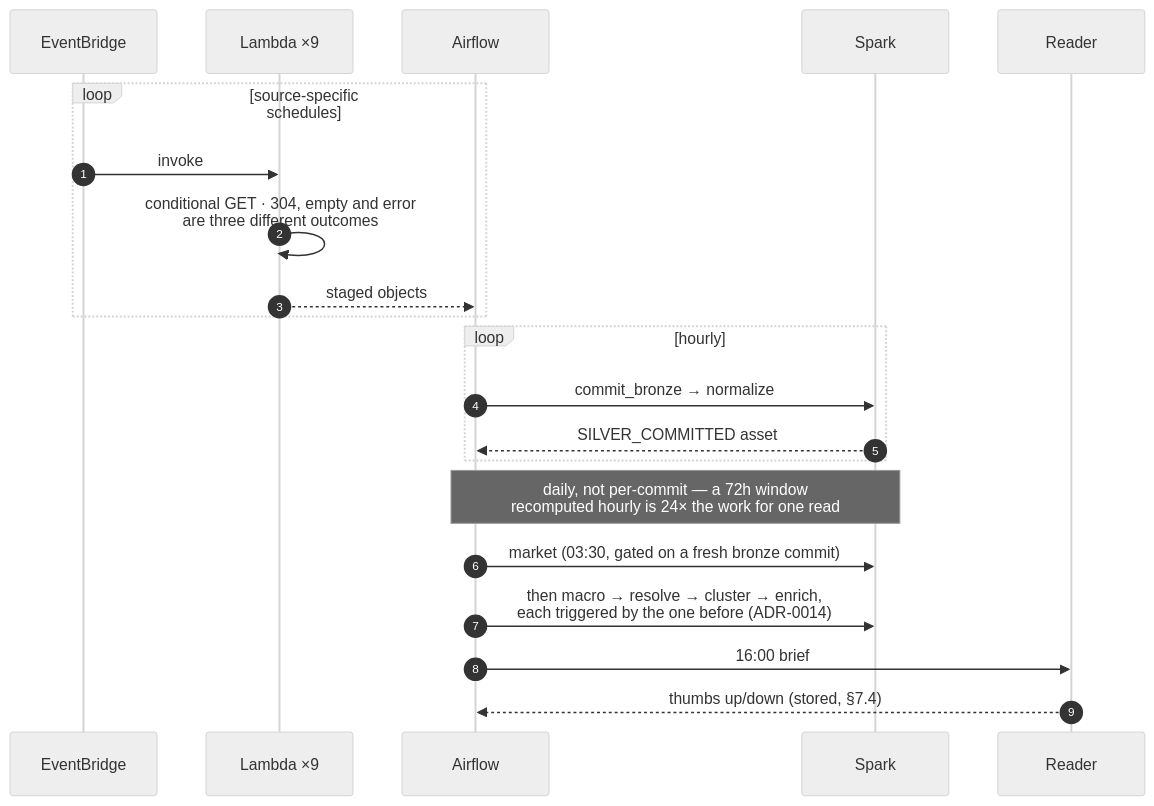
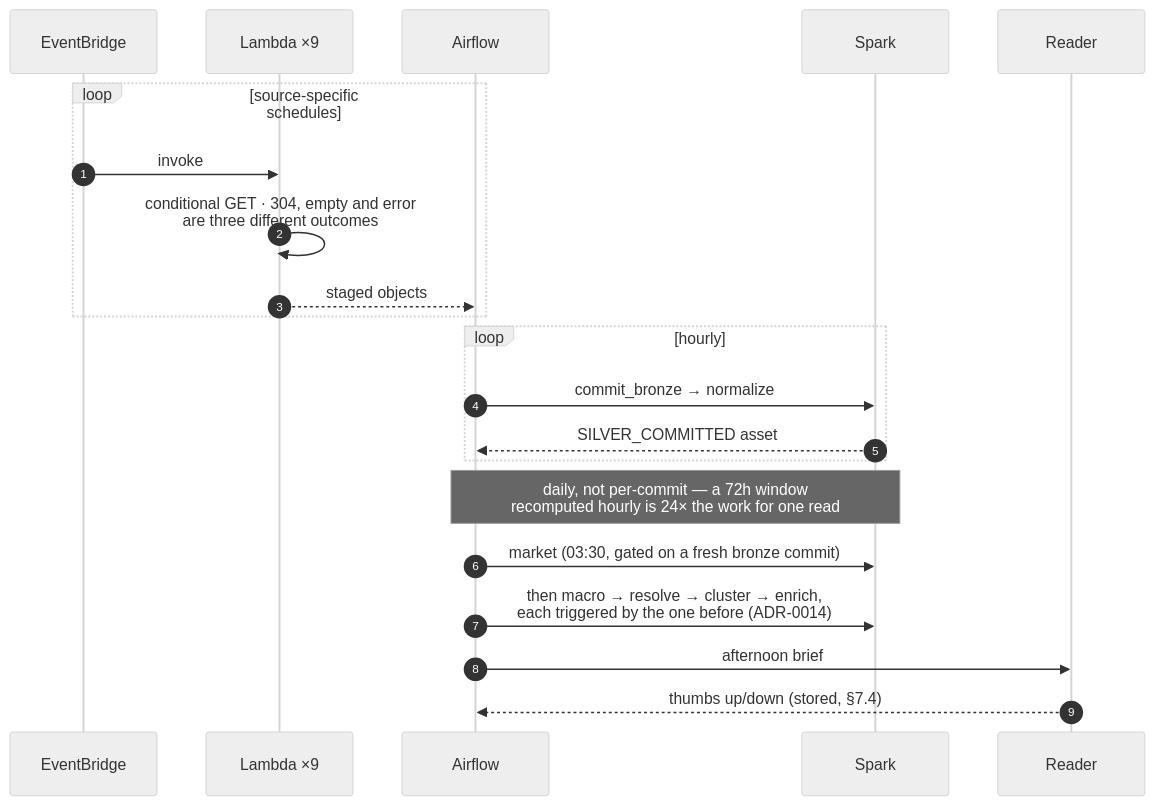
The third of 3 diagrams in docs/architecture.md (SouhailBourhim/signal-brief), drawn with Mermaid (neutral theme) before and after one commit. The commit also changed other lines of this file and 18 other files, not shown here.

````diff
--- a/docs/architecture.md
+++ b/docs/architecture.md
@@ -168,24 +168,24 @@
 ```mermaid
 sequenceDiagram
     autonumber
     participant S as EventBridge
     participant L as Lambda ×9
     participant A as Airflow
     participant K as Spark
     participant R as Reader
 
     loop source-specific schedules
         S->>L: invoke
         L->>L: conditional GET · 304, empty and error<br/>are three different outcomes
         L-->>A: staged objects
     end
     loop hourly
         A->>K: commit_bronze → normalize
         K-->>A: SILVER_COMMITTED asset
     end
     Note over A,K: daily, not per-commit — a 72h window<br/>recomputed hourly is 24× the work for one read
     A->>K: market (03:30, gated on a fresh bronze commit)
     A->>K: then macro → resolve → cluster → enrich,<br/>each triggered by the one before (ADR-0014)
-    A->>R: 16:00 brief
+    A->>R: afternoon brief
     R-->>A: thumbs up/down (stored, §7.4)
 ```
````
